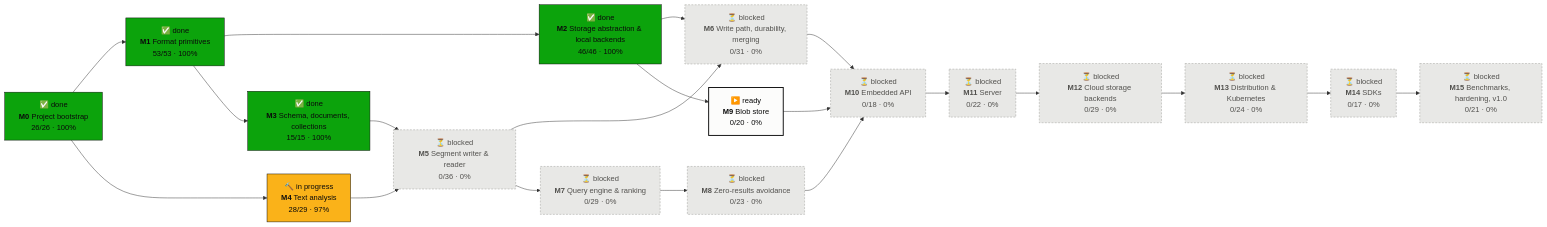
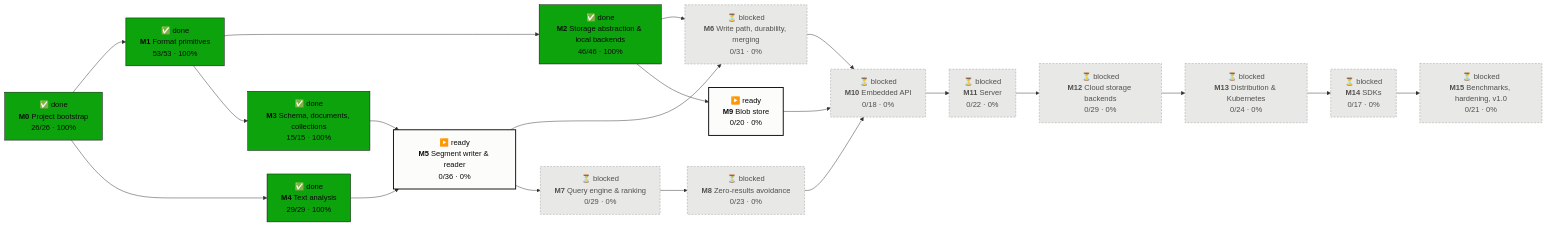
Before and after one commit to tomiok/persiaDB: the first of 2 diagrams in PROGRESS.md, drawn with Mermaid. The commit also changed other lines of this file and 21 other files, not shown here.

First line of the commit message:
Allocation-free stemming and folding (ROADMAP 4.4.12) (#24)

````diff
--- a/PROGRESS.md
+++ b/PROGRESS.md
@@ -16,42 +16,42 @@
 ```mermaid
 flowchart LR
   M0["✅ done<br/><b>M0</b> Project bootstrap<br/>26/26 · 100%"]:::done
   M1["✅ done<br/><b>M1</b> Format primitives<br/>53/53 · 100%"]:::done
   M2["✅ done<br/><b>M2</b> Storage abstraction & local backends<br/>46/46 · 100%"]:::done
   M3["✅ done<br/><b>M3</b> Schema, documents, collections<br/>15/15 · 100%"]:::done
-  M4["🔨 in progress<br/><b>M4</b> Text analysis<br/>28/29 · 97%"]:::doing
-  M5["⏳ blocked<br/><b>M5</b> Segment writer & reader<br/>0/36 · 0%"]:::blocked
+  M4["✅ done<br/><b>M4</b> Text analysis<br/>29/29 · 100%"]:::done
+  M5["▶️ ready<br/><b>M5</b> Segment writer & reader<br/>0/36 · 0%"]:::ready
   M6["⏳ blocked<br/><b>M6</b> Write path, durability, merging<br/>0/31 · 0%"]:::blocked
   M7["⏳ blocked<br/><b>M7</b> Query engine & ranking<br/>0/29 · 0%"]:::blocked
   M8["⏳ blocked<br/><b>M8</b> Zero-results avoidance<br/>0/23 · 0%"]:::blocked
   M9["▶️ ready<br/><b>M9</b> Blob store<br/>0/20 · 0%"]:::ready
   M10["⏳ blocked<br/><b>M10</b> Embedded API<br/>0/18 · 0%"]:::blocked
   M11["⏳ blocked<br/><b>M11</b> Server<br/>0/22 · 0%"]:::blocked
   M12["⏳ blocked<br/><b>M12</b> Cloud storage backends<br/>0/29 · 0%"]:::blocked
   M13["⏳ blocked<br/><b>M13</b> Distribution & Kubernetes<br/>0/24 · 0%"]:::blocked
   M14["⏳ blocked<br/><b>M14</b> SDKs<br/>0/17 · 0%"]:::blocked
   M15["⏳ blocked<br/><b>M15</b> Benchmarks, hardening, v1.0<br/>0/21 · 0%"]:::blocked
   M0 --> M1
   M1 --> M2
   M1 --> M3
   M0 --> M4
   M3 --> M5
   M4 --> M5
   M2 --> M6
   M5 --> M6
   M5 --> M7
   M7 --> M8
   M2 --> M9
   M6 --> M10
   M8 --> M10
   M9 --> M10
   M10 --> M11
   M11 --> M12
   M12 --> M13
   M13 --> M14
   M14 --> M15
   classDef done fill:#0ca30c,stroke:#0b0b0b,color:#0b0b0b
   classDef doing fill:#fab219,stroke:#0b0b0b,color:#0b0b0b
   classDef ready fill:#fcfcfb,stroke:#0b0b0b,stroke-width:2px,color:#0b0b0b
   classDef blocked fill:#e8e8e6,stroke:#9a9a96,stroke-dasharray:4 3,color:#52514e
 ```
````
